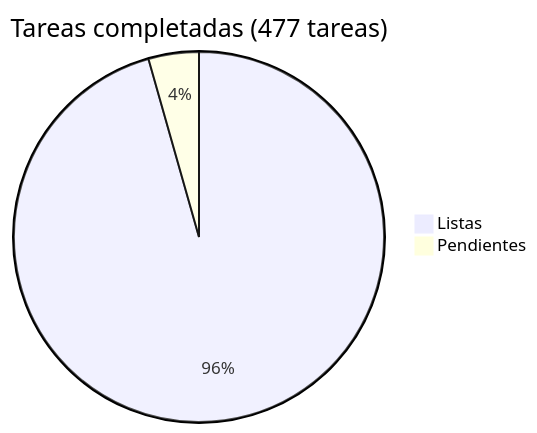
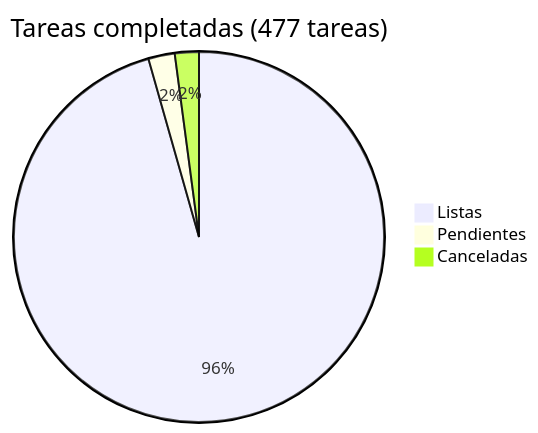
Before and after one commit to araguaney-lat/araguaney: the diagram in docs/roadmap/README.md, drawn with Mermaid. The commit also changed other lines of this file and 1 other file, not shown here.

First line of the commit message:
docs(roadmap): verify push notifications live, cancel donations/payments block (#300)

````diff
--- a/docs/roadmap/README.md
+++ b/docs/roadmap/README.md
@@ -5,5 +5,6 @@
 ```mermaid
 pie title Tareas completadas (477 tareas)
     "Listas" : 456
-    "Pendientes" : 21
+    "Pendientes" : 11
+    "Canceladas" : 10
 ```
````
